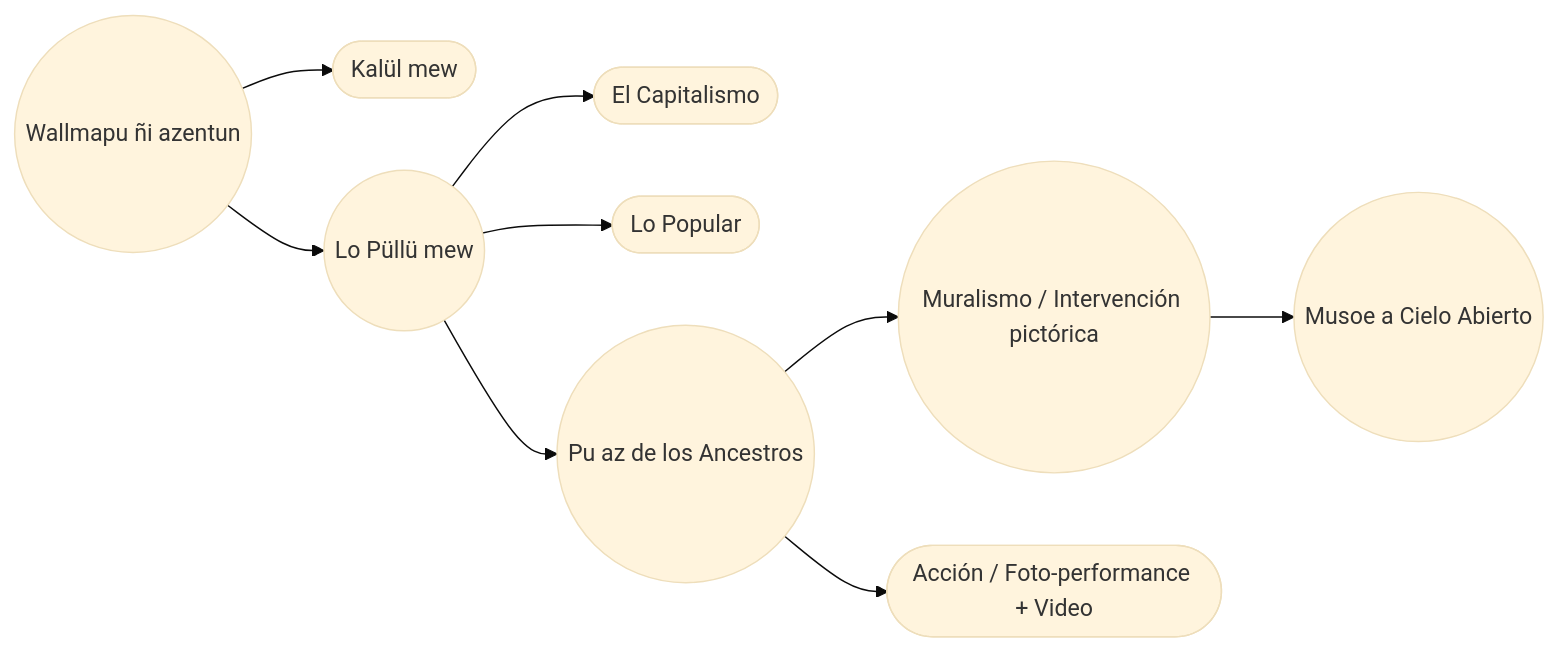
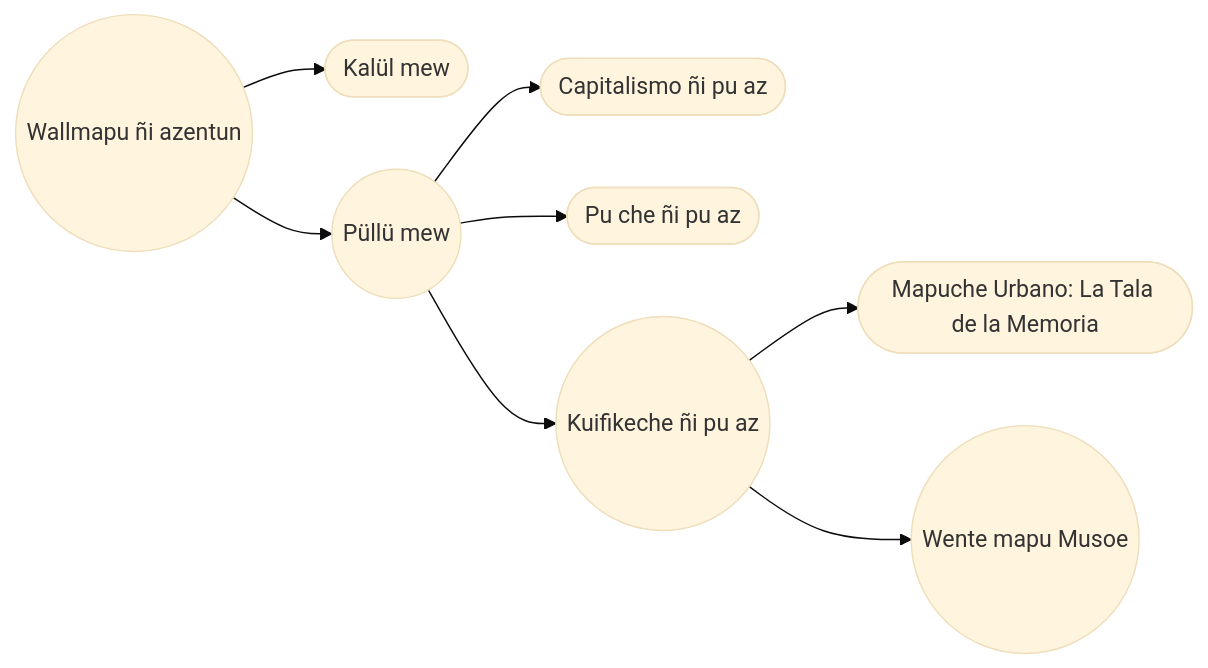
One commit to EGGS-Artesvisuales/EGGS-Artesvisuales.github.io changed the diagram in MPD/musoe-a-cielo-abierto.md. Above: the diagram before and after it, drawn with Mermaid (base theme). The commit also changed 77 other files, not shown here.

```diff
--- a/MPD/musoe-a-cielo-abierto.md
+++ b/MPD/musoe-a-cielo-abierto.md
@@ -24,30 +24,18 @@
 <div class="mermaid">
 flowchart LR
-  %% Página: Wallmapu ñi azentun
-  %% Regla azentun:
-  %% - Ruta activa (nodos tocados): ((redondos))
-  %% - Hermanos / ramas fuera de ruta: ([redondeados-rectangulares])
-
   A((Wallmapu ñi azentun)) --> T([Kalül mew])
-  A --> I((Lo Püllü mew))
-
-  I --> C([El Capitalismo])
-  I --> P([Lo Popular])
-  I --> AN((Pu az de los Ancestros))
-
-  AN --> AN_M((Muralismo / Intervención pictórica))
-  AN --> AN_A([Acción / Foto-performance + Video])
-
-  AN_M --> MCA((Musoe a Cielo Abierto))
-
-  %% Links (ES/)
-  click A "/MPD/mundo-exterior.html" "Amun: Wallmapu ñi azentun"
-  click T "/MPD/tangible.html" "Amun: Kalül mew"
-  click I "/MPD/intangible.html" "Amun: Lo Püllü mew"
-  click C "/MPD/en-construccion.html" "Dewmangen mew"
-  click P "/MPD/en-construccion.html" "Dewmangen mew"
-  click AN "/MPD/imagenes-ancestros.html" "Amun: Pu az de los Ancestros"
-
-  click AN_A "/MPD/en-construccion.html" "Dewmangen mew"
-  click MCA "/MPD/musoe-a-cielo-abierto.html" "Amun: Musoe a Cielo Abierto"
+  A --> I((Püllü mew))
+  I --> C([Capitalismo ñi pu az])
+  I --> P([Pu che ñi pu az])
+  I --> AN((Kuifikeche ñi pu az))
+  AN --> TA([Mapuche Urbano: La Tala de la Memoria])
+  AN --> MU((Wente mapu Musoe))
+  click A "/MPD/mundo-exterior.html" "Wallmapu ñi azentun mew amun"
+  click T "/MPD/tangible.html" "Kalül mew amun"
+  click I "/MPD/intangible.html" "Püllü mew amun"
+  click C "/MPD/imagenes-capitalismo.html" "Capitalismo ñi pu az mew amun"
+  click P "/MPD/imagenes-popular.html" "Pu che ñi pu az mew amun"
+  click AN "/MPD/imagenes-ancestros.html" "Kuifikeche ñi pu az mew amun"
+  click TA "/MPD/mapuche-urbano.html" "La Tala de la Memoria mew amun"
+  click MU "/MPD/musoe-a-cielo-abierto.html" "Faw müleymi"
 </div>
```
